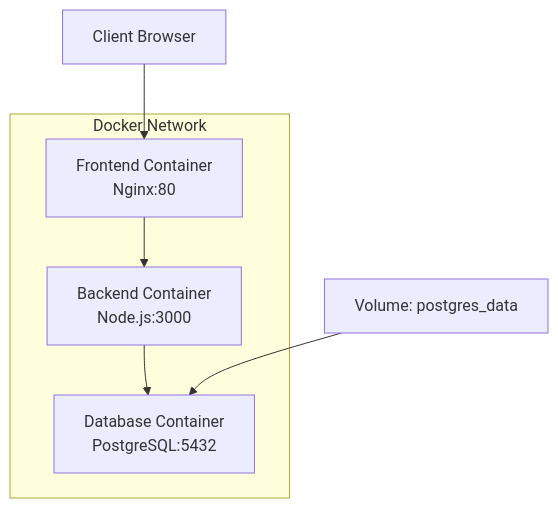
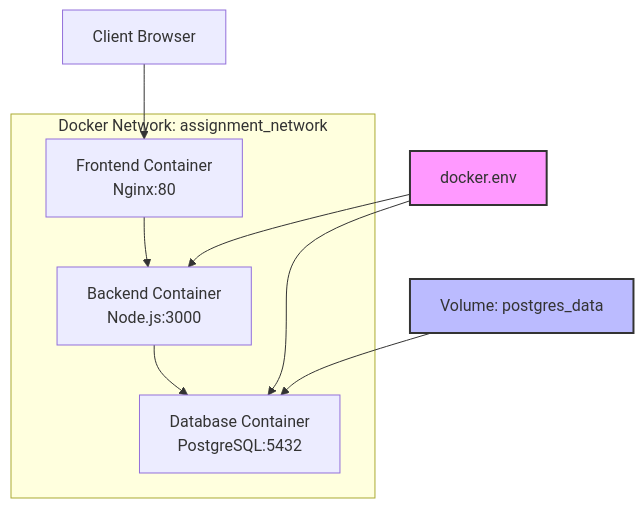
The diagram in DOCKER_README.md (EleanorJi/2025s2_it-Project_Assignment-Review-Coordination-Tool), drawn with Mermaid before and after one commit. The commit also changed other lines of this file and 6 other files, not shown here.

````diff
--- a/DOCKER_README.md
+++ b/DOCKER_README.md
@@ -245,14 +361,19 @@
 ```mermaid
 graph TB
     A[Client Browser] --> B[Frontend Container<br/>Nginx:80]
     B --> C[Backend Container<br/>Node.js:3000]
     C --> D[Database Container<br/>PostgreSQL:5432]
     
-    subgraph "Docker Network"
+    subgraph "Docker Network: assignment_network"
         B
         C
         D
     end
     
     E[Volume: postgres_data] --> D
+    F[docker.env] --> C
+    F --> D
+    
+    style F fill:#f9f,stroke:#333,stroke-width:2px
+    style E fill:#bbf,stroke:#333,stroke-width:2px
 ```
````
